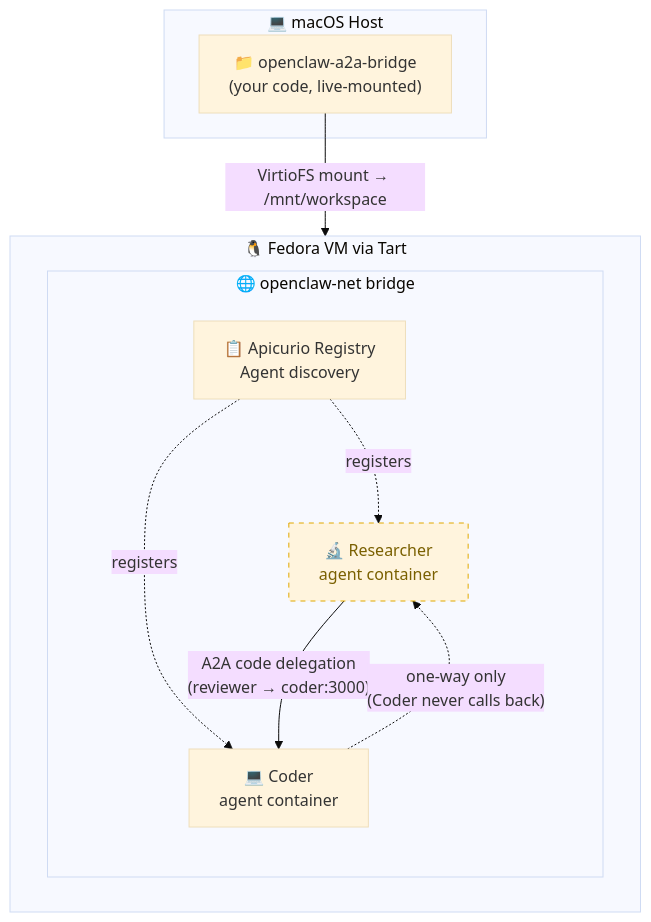
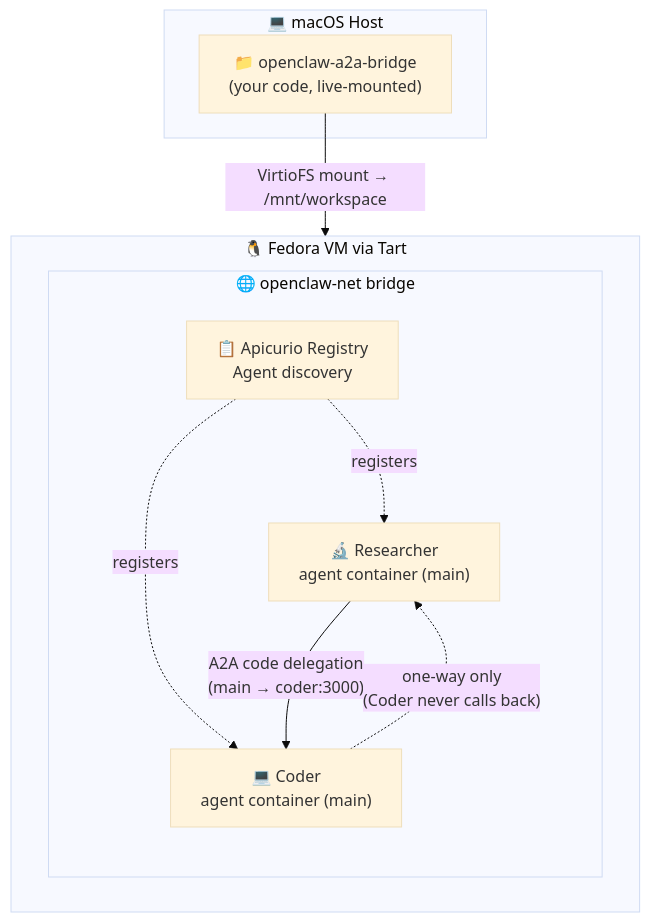
One commit to giacchetta/openclaw-a2a-bridge changed the first of 4 diagrams in README.md. Above: the diagram before and after it, drawn with Mermaid (base theme). The commit also changed other lines of this file and 1 other file, not shown here.

````diff
--- a/README.md
+++ b/README.md
@@ -23,23 +25,20 @@
 ```mermaid
 flowchart TD
     subgraph Mac["💻 macOS Host"]
         WS["📁 openclaw-a2a-bridge<br/>(your code, live-mounted)"]
     end
 
     subgraph VM["🐧 Fedora VM via Tart"]
         subgraph Net["🌐 openclaw-net bridge"]
             REG["📋 Apicurio Registry<br/>Agent discovery"]
-            RES["🔬 Researcher<br/>agent container"]
-            COD["💻 Coder<br/>agent container"]
+            RES["🔬 Researcher<br/>agent container (main)"]
+            COD["💻 Coder<br/>agent container (main)"]
         end
     end
 
     WS -- "VirtioFS mount → /mnt/workspace" --> VM
     REG -. "registers" .-> RES
     REG -. "registers" .-> COD
-    RES -- "A2A code delegation<br/>(reviewer → coder:3000)" --> COD
+    RES -- "A2A code delegation<br/>(main → coder:3000)" --> COD
     COD -. "one-way only<br/>(Coder never calls back)" .-> RES
-
-    classDef pending stroke-dasharray: 5 5,stroke:#e0a800,color:#7a6000;
-    class RES pending;
 ```
````
